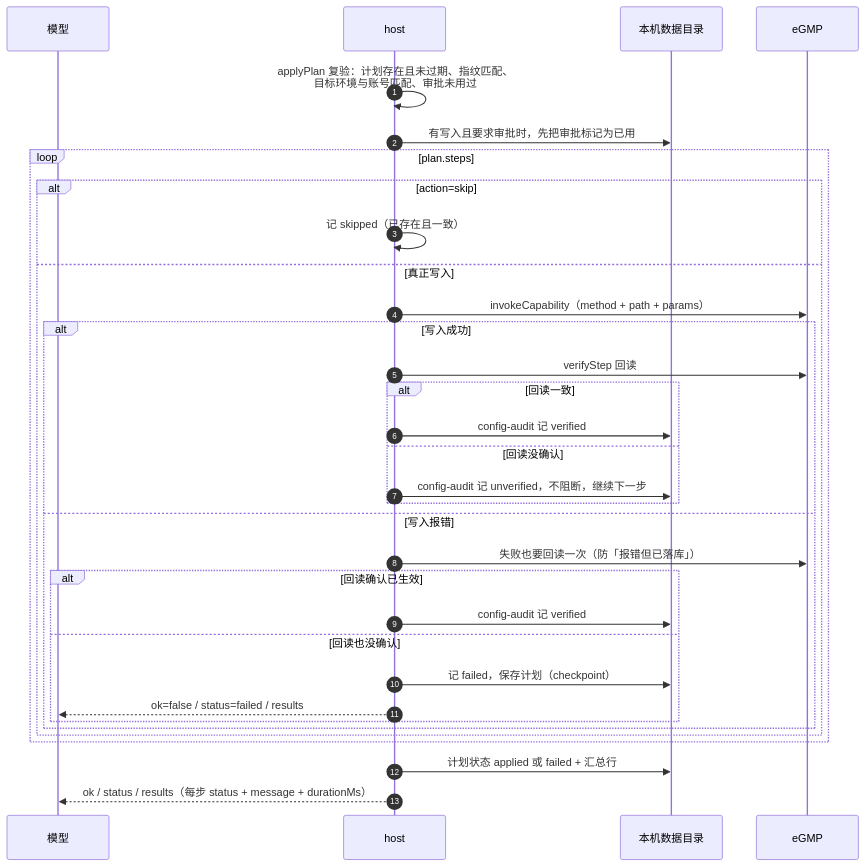
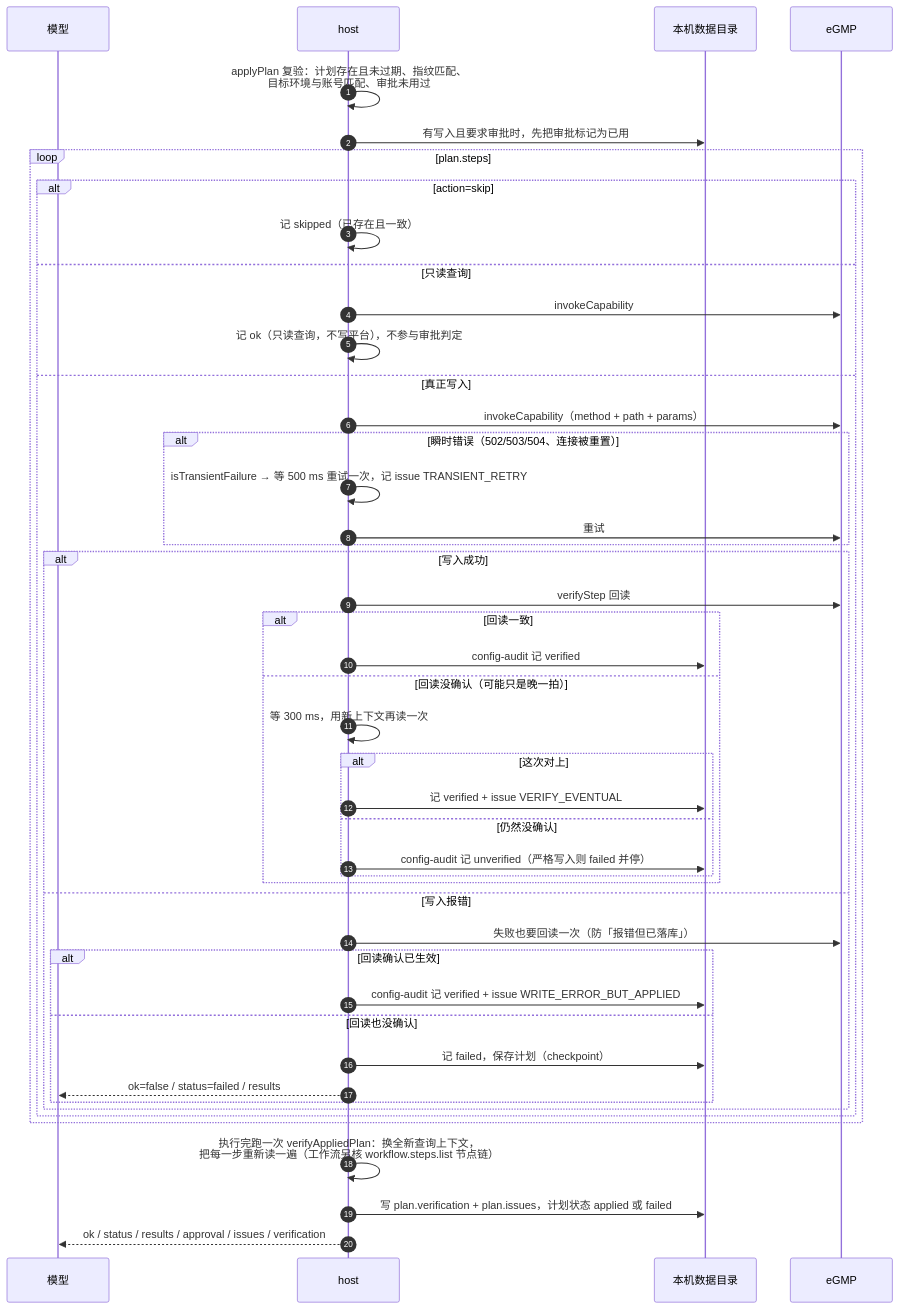
Before and after one commit to jizi-dragon/akso-workbench: the sixth of 8 diagrams in docs/knowledge/agent调用时序.md, drawn with Mermaid. The commit also changed other lines of this file and 23 other files, not shown here.

````diff
--- a/docs/knowledge/agent调用时序.md
+++ b/docs/knowledge/agent调用时序.md
@@ -283,36 +299,49 @@
 ```mermaid
 sequenceDiagram
     autonumber
     participant A as 模型
     participant H as host
     participant F as 本机数据目录
     participant E as eGMP
 
     H->>H: applyPlan 复验：计划存在且未过期、指纹匹配、<br/>目标环境与账号匹配、审批未用过
     H->>F: 有写入且要求审批时，先把审批标记为已用
     loop plan.steps
         alt action=skip
             H->>H: 记 skipped（已存在且一致）
+        else 只读查询
+            H->>E: invokeCapability
+            H->>H: 记 ok（只读查询，不写平台），不参与审批判定
         else 真正写入
             H->>E: invokeCapability（method + path + params）
+            alt 瞬时错误（502/503/504、连接被重置）
+                H->>H: isTransientFailure → 等 500 ms 重试一次，记 issue TRANSIENT_RETRY
+                H->>E: 重试
+            end
             alt 写入成功
                 H->>E: verifyStep 回读
                 alt 回读一致
                     H->>F: config-audit 记 verified
-                else 回读没确认
-                    H->>F: config-audit 记 unverified，不阻断，继续下一步
+                else 回读没确认（可能只是晚一拍）
+                    H->>H: 等 300 ms，用新上下文再读一次
+                    alt 这次对上
+                        H->>F: 记 verified + issue VERIFY_EVENTUAL
+                    else 仍然没确认
+                        H->>F: config-audit 记 unverified（严格写入则 failed 并停）
+                    end
                 end
             else 写入报错
                 H->>E: 失败也要回读一次（防「报错但已落库」）
                 alt 回读确认已生效
-                    H->>F: config-audit 记 verified
+                    H->>F: config-audit 记 verified + issue WRITE_ERROR_BUT_APPLIED
                 else 回读也没确认
                     H->>F: 记 failed，保存计划（checkpoint）
                     H-->>A: ok=false / status=failed / results
                 end
             end
         end
     end
-    H->>F: 计划状态 applied 或 failed + 汇总行
-    H-->>A: ok / status / results（每步 status + message + durationMs）
+    H->>H: 执行完跑一次 verifyAppliedPlan：换全新查询上下文，<br/>把每一步重新读一遍（工作流另核 workflow.steps.list 节点链）
+    H->>F: 写 plan.verification + plan.issues，计划状态 applied 或 failed
+    H-->>A: ok / status / results / approval / issues / verification
 ```
````
